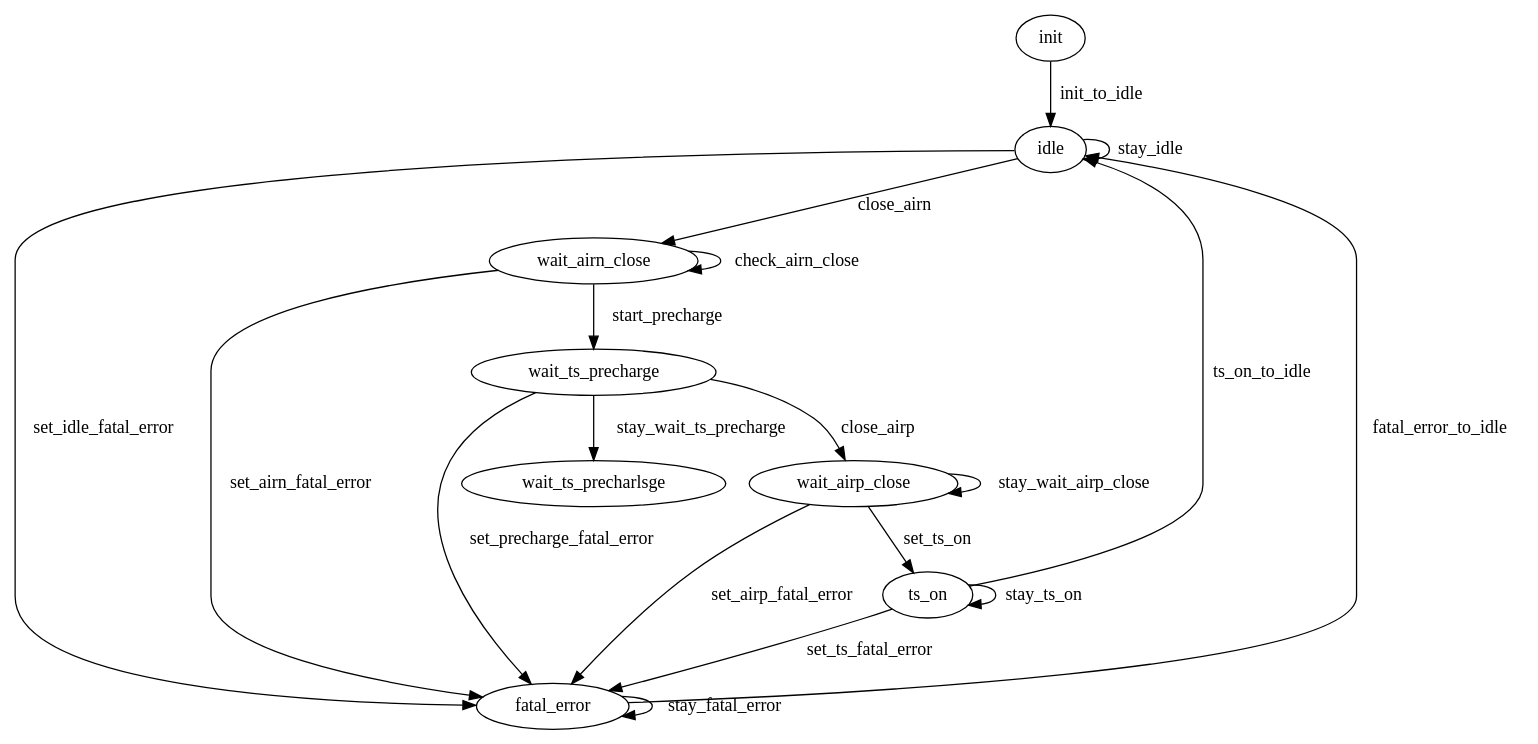
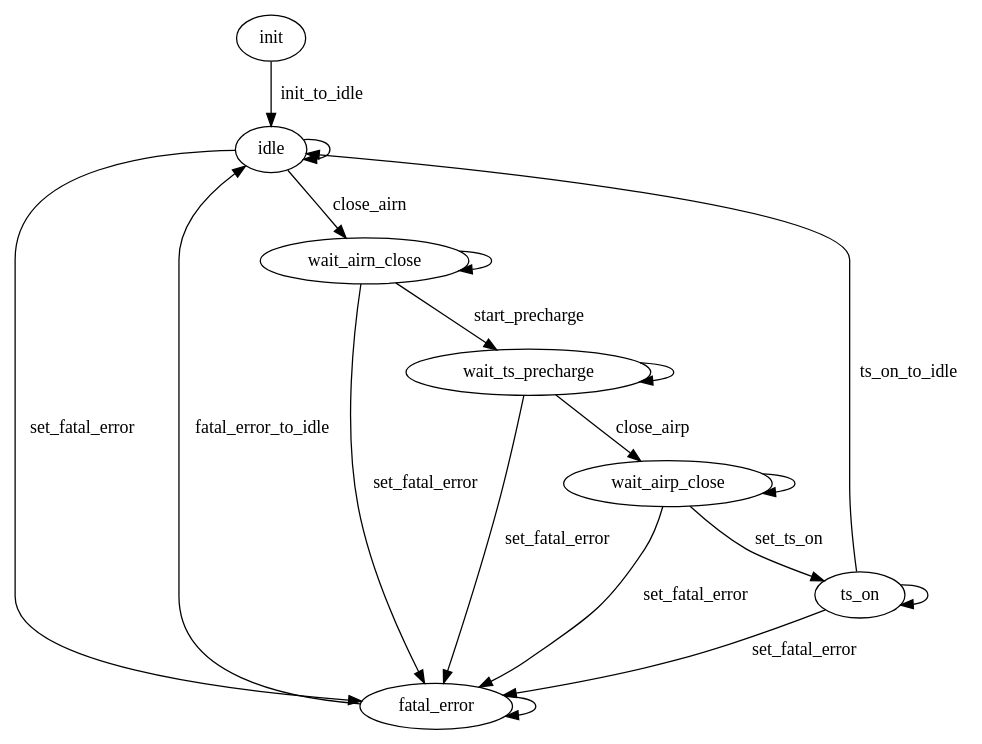
The diagram in docs/mainboard/bms_fsm.dot (eagletrt/fenice-bms-hv-sw), drawn with Graphviz before and after one commit. The commit also changed 13 other files, not shown here.

```diff
--- a/docs/mainboard/bms_fsm.dot
+++ b/docs/mainboard/bms_fsm.dot
@@ -1,35 +1,35 @@
 digraph "bms_hv_fsm" {
     
     init
     idle
     fatal_error
     wait_airn_close
     wait_ts_precharge
     wait_airp_close
     ts_on
 
     init -> idle [label="init_to_idle"]
 
-    idle -> idle [label="stay_idle"]
-    idle -> fatal_error [label="set_idle_fatal_error"]
+    idle -> idle
+    idle -> fatal_error [label="set_fatal_error"]
     idle -> wait_airn_close [label="close_airn"]
 
-    wait_airn_close -> wait_airn_close [label="check_airn_close"]
-    wait_airn_close -> fatal_error [label="set_airn_fatal_error"]
+    wait_airn_close -> wait_airn_close
+    wait_airn_close -> fatal_error [label="set_fatal_error"]
     wait_airn_close -> wait_ts_precharge [label="start_precharge"]
 
-    wait_ts_precharge -> wait_ts_precharlsge [label="stay_wait_ts_precharge"]
-    wait_ts_precharge -> fatal_error [label="set_precharge_fatal_error"]
+    wait_ts_precharge -> wait_ts_precharge
+    wait_ts_precharge -> fatal_error [label="set_fatal_error"]
     wait_ts_precharge -> wait_airp_close [label="close_airp"]
 
-    wait_airp_close -> wait_airp_close [label="stay_wait_airp_close"]
-    wait_airp_close -> fatal_error [label="set_airp_fatal_error"]
+    wait_airp_close -> wait_airp_close
+    wait_airp_close -> fatal_error [label="set_fatal_error"]
     wait_airp_close -> ts_on [label="set_ts_on"]
 
-    ts_on -> ts_on [label="stay_ts_on"]
-    ts_on -> fatal_error [label="set_ts_fatal_error"]
+    ts_on -> ts_on
+    ts_on -> fatal_error [label="set_fatal_error"]
     ts_on -> idle [label="ts_on_to_idle"]
 
-    fatal_error -> fatal_error [label="stay_fatal_error"]
+    fatal_error -> fatal_error
     fatal_error -> idle [label="fatal_error_to_idle"]
 }
```
